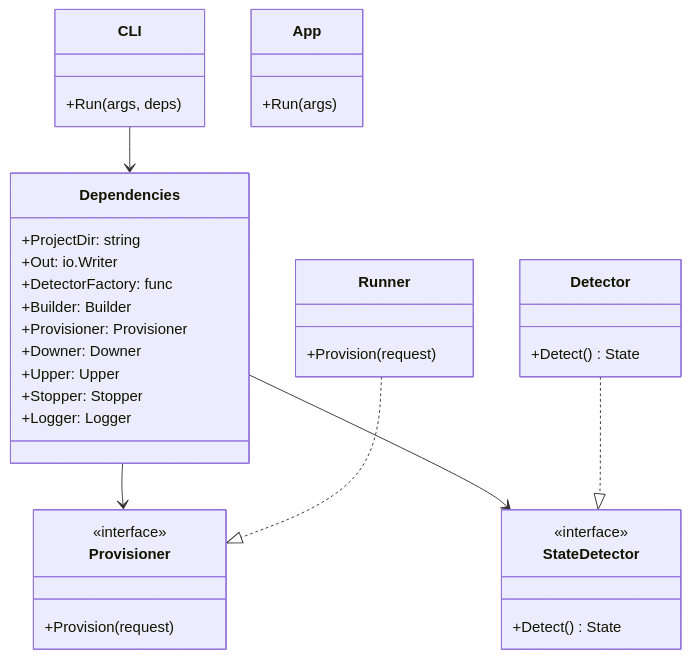
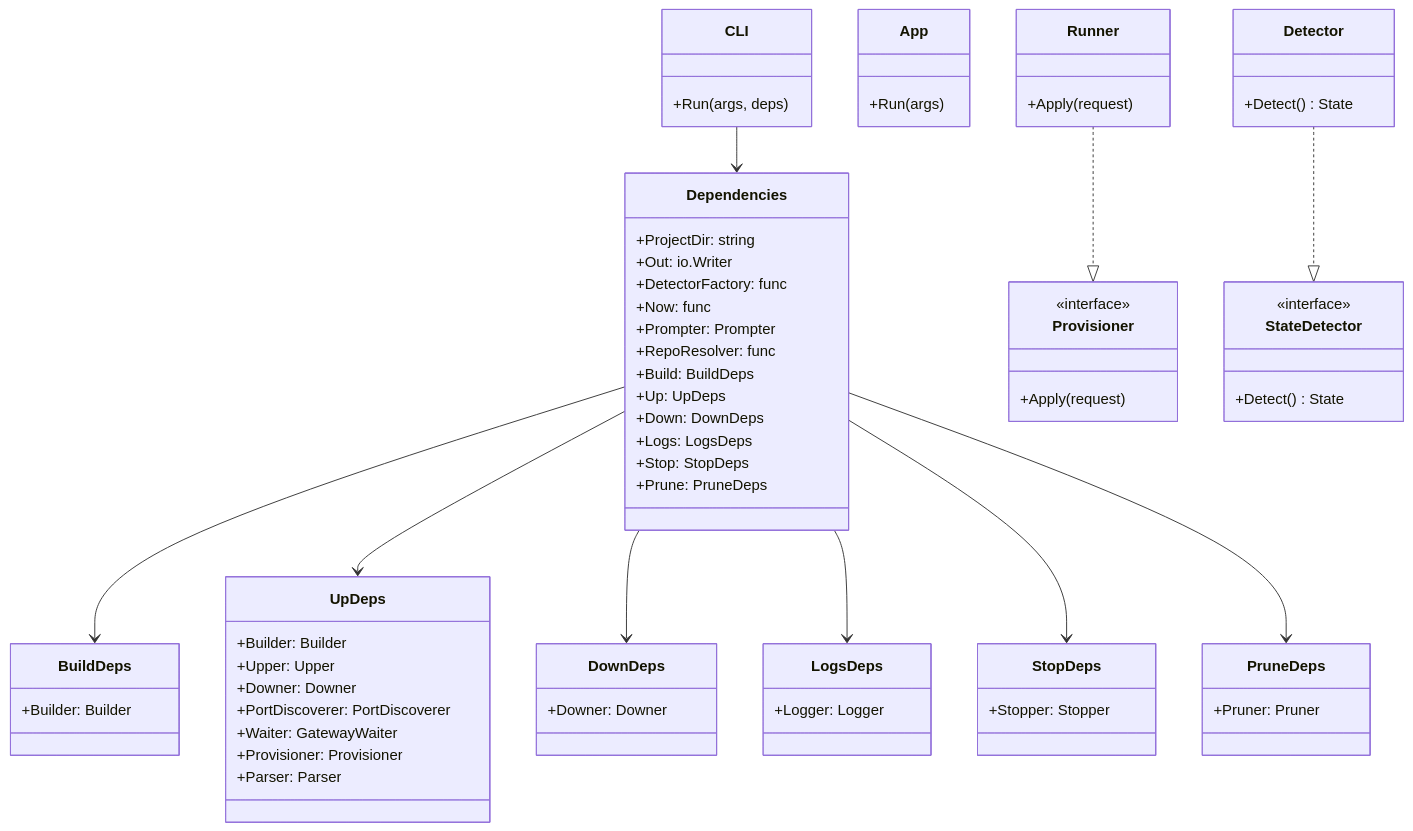
Before and after one commit to poruru-code/esb-cli: the second of 3 diagrams in docs/architecture.md, drawn with Mermaid. The commit also changed other lines of this file and 9 other files, not shown here.

````diff
--- a/docs/architecture.md
+++ b/docs/architecture.md
@@ -48,12 +45,45 @@
         +ProjectDir: string
         +Out: io.Writer
         +DetectorFactory: func
+        +Now: func
+        +Prompter: Prompter
+        +RepoResolver: func
+        +Build: BuildDeps
+        +Up: UpDeps
+        +Down: DownDeps
+        +Logs: LogsDeps
+        +Stop: StopDeps
+        +Prune: PruneDeps
+    }
+
+    class BuildDeps {
         +Builder: Builder
+    }
+
+    class UpDeps {
+        +Builder: Builder
+        +Upper: Upper
+        +Downer: Downer
+        +PortDiscoverer: PortDiscoverer
+        +Waiter: GatewayWaiter
         +Provisioner: Provisioner
+        +Parser: Parser
+    }
+
+    class DownDeps {
         +Downer: Downer
-        +Upper: Upper
+    }
+
+    class LogsDeps {
+        +Logger: Logger
+    }
+
+    class StopDeps {
         +Stopper: Stopper
-        +Logger: Logger
+    }
+
+    class PruneDeps {
+        +Pruner: Pruner
     }
 
     class App {
@@ -62,11 +92,11 @@
 
     class Provisioner {
         <<interface>>
-        +Provision(request)
+        +Apply(request)
     }
 
     class Runner {
-        +Provision(request)
+        +Apply(request)
     }
 
     class StateDetector {
@@ -79,8 +109,12 @@
     }
 
     CLI --> Dependencies
-    Dependencies --> Provisioner
-    Dependencies --> StateDetector
+    Dependencies --> BuildDeps
+    Dependencies --> UpDeps
+    Dependencies --> DownDeps
+    Dependencies --> LogsDeps
+    Dependencies --> StopDeps
+    Dependencies --> PruneDeps
     Runner ..|> Provisioner
     Detector ..|> StateDetector
 ```
````
